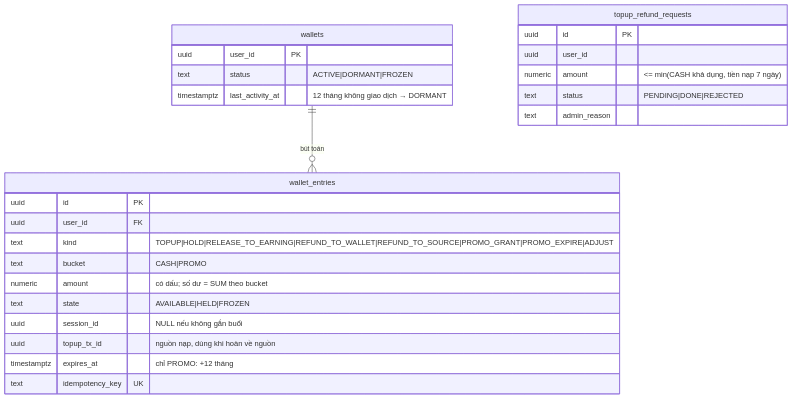
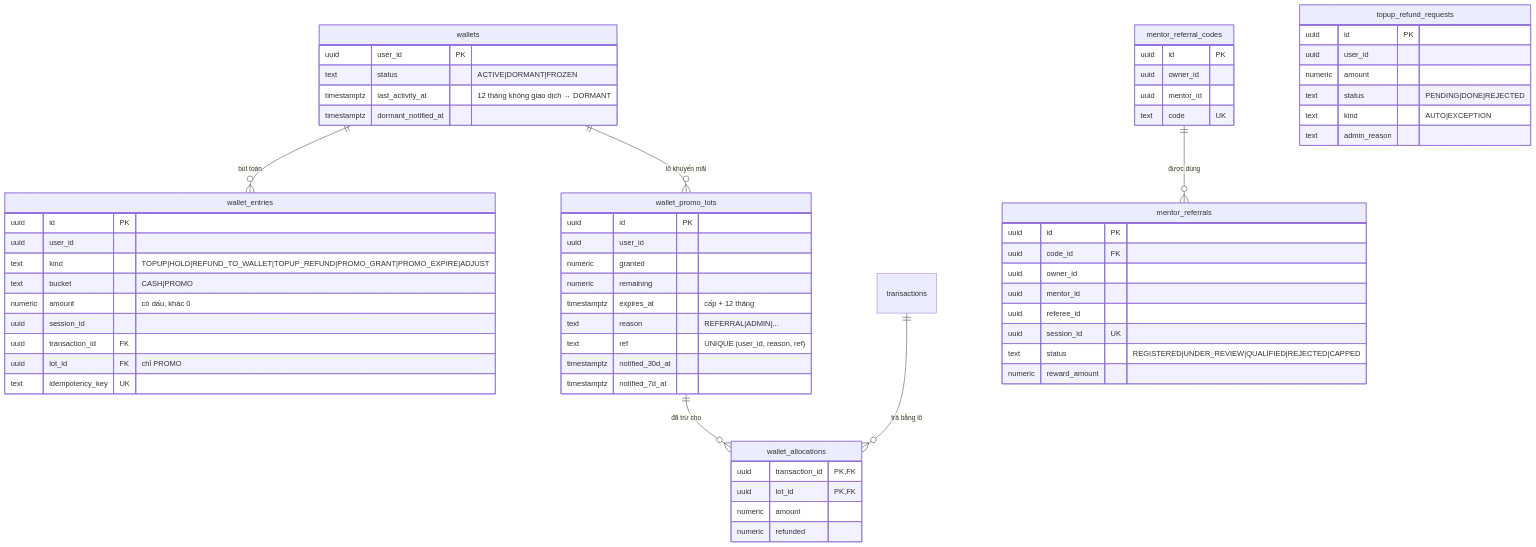
Before and after one commit to quangpham10212004/do_an_2026: the seventh of 8 diagrams in docs/database-design.md, drawn with Mermaid. The commit also changed other lines of this file and 4 other files, not shown here.

Commit message:
docs: v2.0 status — SRD ticks, real API paths, wallet/referral schema, handoff update

````diff
--- a/docs/database-design.md
+++ b/docs/database-design.md
@@ -350,28 +355,66 @@
 ```mermaid
 erDiagram
     wallets ||--o{ wallet_entries : "bút toán"
+    wallets ||--o{ wallet_promo_lots : "lô khuyến mãi"
+    wallet_promo_lots ||--o{ wallet_allocations : "đã trừ cho"
+    transactions ||--o{ wallet_allocations : "trả bằng lô"
+    mentor_referral_codes ||--o{ mentor_referrals : "được dùng"
     wallets {
         uuid user_id PK
         text status "ACTIVE|DORMANT|FROZEN"
         timestamptz last_activity_at "12 tháng không giao dịch → DORMANT"
+        timestamptz dormant_notified_at
     }
     wallet_entries {
         uuid id PK
-        uuid user_id FK
-        text kind "TOPUP|HOLD|RELEASE_TO_EARNING|REFUND_TO_WALLET|REFUND_TO_SOURCE|PROMO_GRANT|PROMO_EXPIRE|ADJUST"
+        uuid user_id
+        text kind "TOPUP|HOLD|REFUND_TO_WALLET|TOPUP_REFUND|PROMO_GRANT|PROMO_EXPIRE|ADJUST"
         text bucket "CASH|PROMO"
-        numeric amount "có dấu; số dư = SUM theo bucket"
-        text state "AVAILABLE|HELD|FROZEN"
-        uuid session_id "NULL nếu không gắn buổi"
-        uuid topup_tx_id "nguồn nạp, dùng khi hoàn về nguồn"
-        timestamptz expires_at "chỉ PROMO: +12 tháng"
+        numeric amount "có dấu, khác 0"
+        uuid session_id
+        uuid transaction_id FK
+        uuid lot_id FK "chỉ PROMO"
         text idempotency_key UK
+    }
+    wallet_promo_lots {
+        uuid id PK
+        uuid user_id
+        numeric granted
+        numeric remaining
+        timestamptz expires_at "cấp + 12 tháng"
+        text reason "REFERRAL|ADMIN|..."
+        text ref "UNIQUE (user_id, reason, ref)"
+        timestamptz notified_30d_at
+        timestamptz notified_7d_at
+    }
+    wallet_allocations {
+        uuid transaction_id PK,FK
+        uuid lot_id PK,FK
+        numeric amount
+        numeric refunded
     }
     topup_refund_requests {
         uuid id PK
         uuid user_id
-        numeric amount "<= min(CASH khả dụng, tiền nạp 7 ngày)"
+        numeric amount
         text status "PENDING|DONE|REJECTED"
+        text kind "AUTO|EXCEPTION"
         text admin_reason
     }
+    mentor_referral_codes {
+        uuid id PK
+        uuid owner_id
+        uuid mentor_id
+        text code UK
+    }
+    mentor_referrals {
+        uuid id PK
+        uuid code_id FK
+        uuid owner_id
+        uuid mentor_id
+        uuid referee_id
+        uuid session_id UK
+        text status "REGISTERED|UNDER_REVIEW|QUALIFIED|REJECTED|CAPPED"
+        numeric reward_amount
+    }
 ```
````
